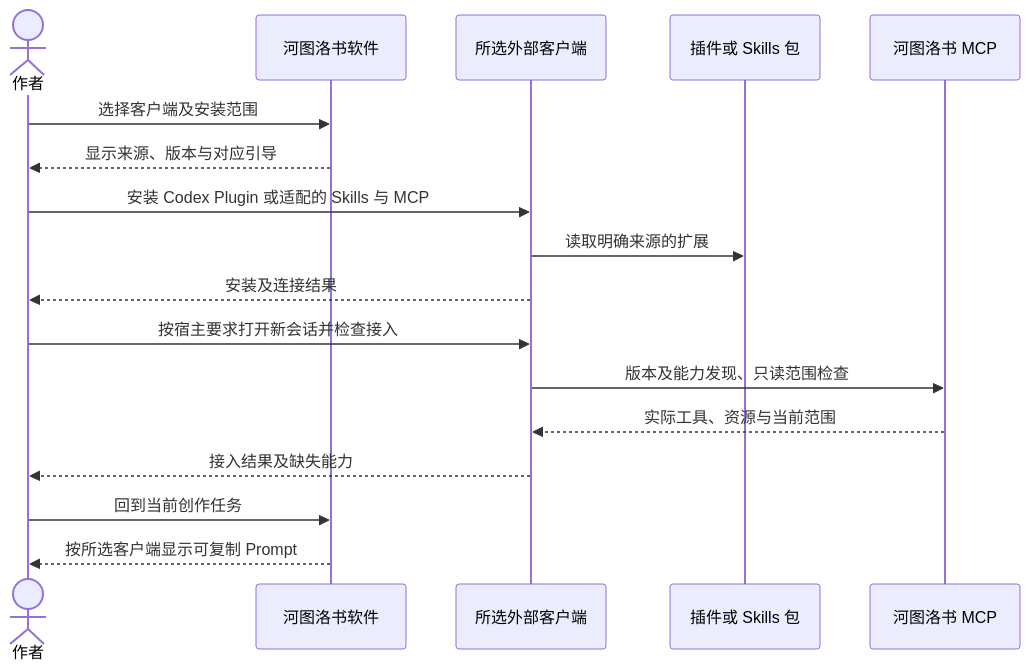
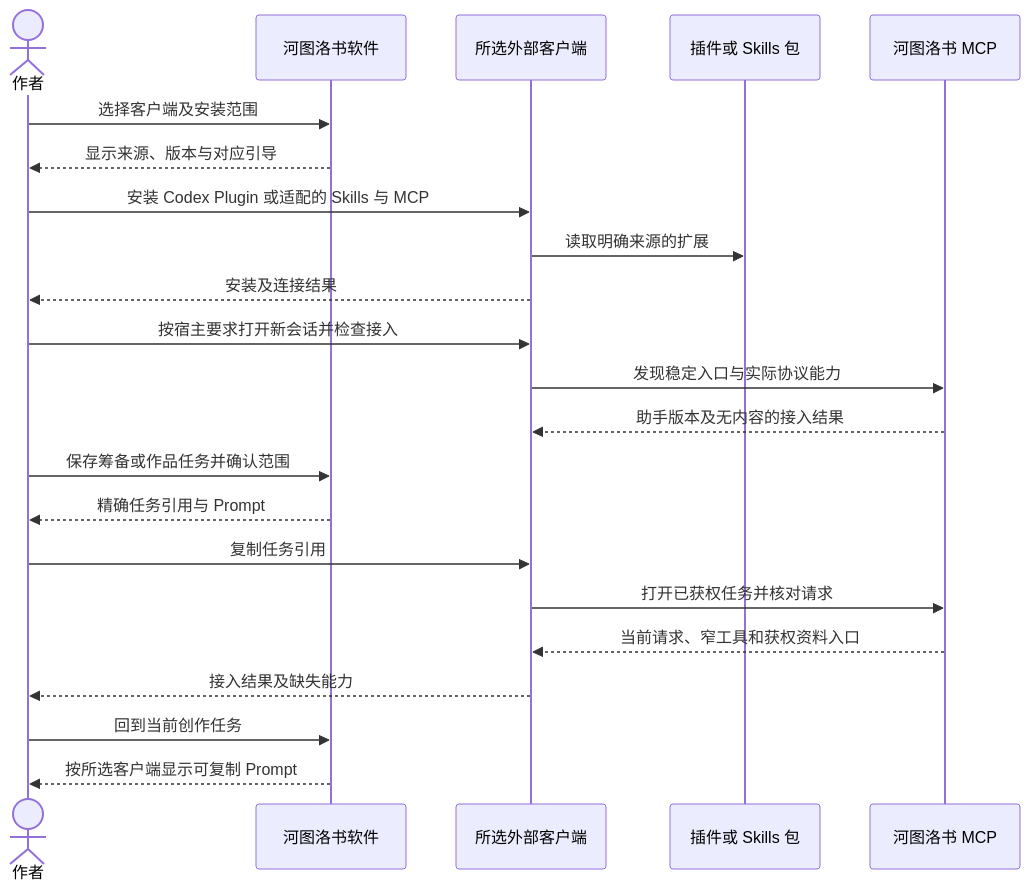
The fifth of 48 diagrams in docs/23-业务流程与MCP时序.md (limecloud/hetu), drawn with Mermaid before and after one commit. The commit also changed other lines of this file and 993 other files, not shown here.

````diff
--- a/docs/23-业务流程与MCP时序.md
+++ b/docs/23-业务流程与MCP时序.md
@@ -124,19 +129,24 @@
 ```mermaid
 sequenceDiagram
     actor author as 作者
     participant desktop as 河图洛书软件
     participant host as 所选外部客户端
     participant package as 插件或 Skills 包
     participant server as 河图洛书 MCP
     author->>desktop: 选择客户端及安装范围
     desktop-->>author: 显示来源、版本与对应引导
     author->>host: 安装 Codex Plugin 或适配的 Skills 与 MCP
     host->>package: 读取明确来源的扩展
     host-->>author: 安装及连接结果
     author->>host: 按宿主要求打开新会话并检查接入
-    host->>server: 版本及能力发现、只读范围检查
-    server-->>host: 实际工具、资源与当前范围
+    host->>server: 发现稳定入口与实际协议能力
+    server-->>host: 助手版本及无内容的接入结果
+    author->>desktop: 保存筹备或作品任务并确认范围
+    desktop-->>author: 精确任务引用与 Prompt
+    author->>host: 复制任务引用
+    host->>server: 打开已获权任务并核对请求
+    server-->>host: 当前请求、窄工具和获权资料入口
     host-->>author: 接入结果及缺失能力
     author->>desktop: 回到当前创作任务
     desktop-->>author: 按所选客户端显示可复制 Prompt
 ```
````
